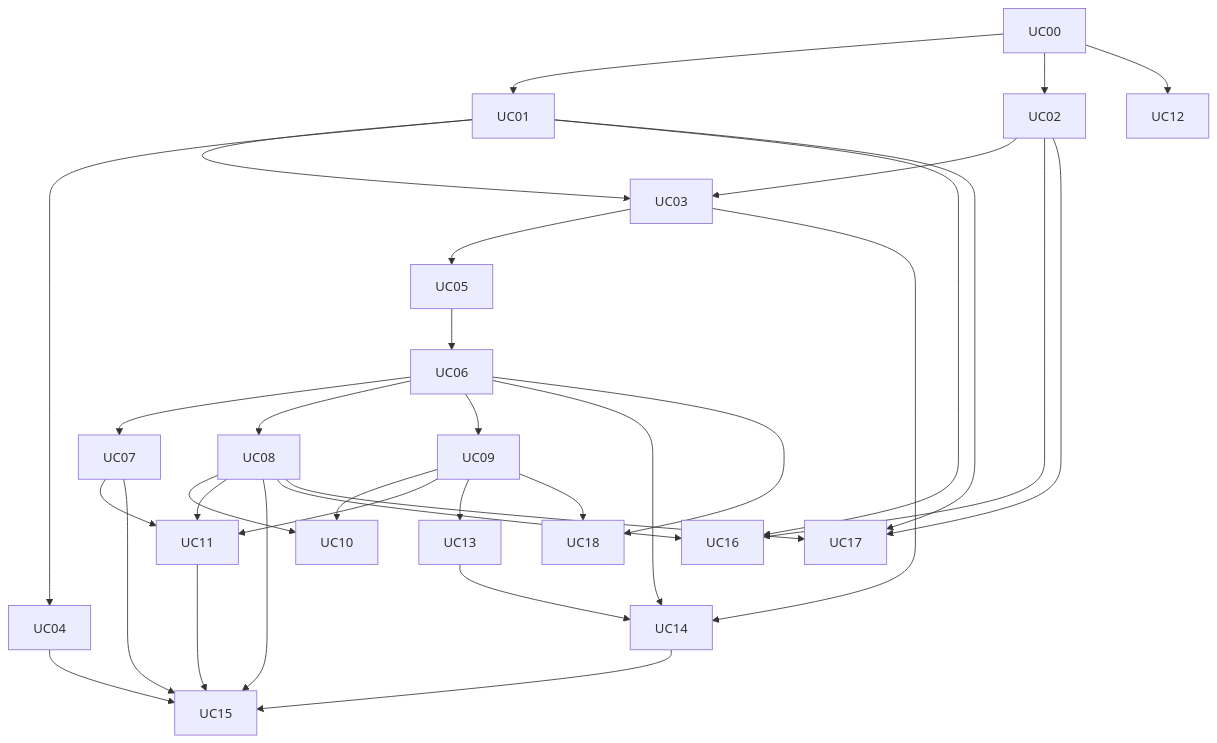
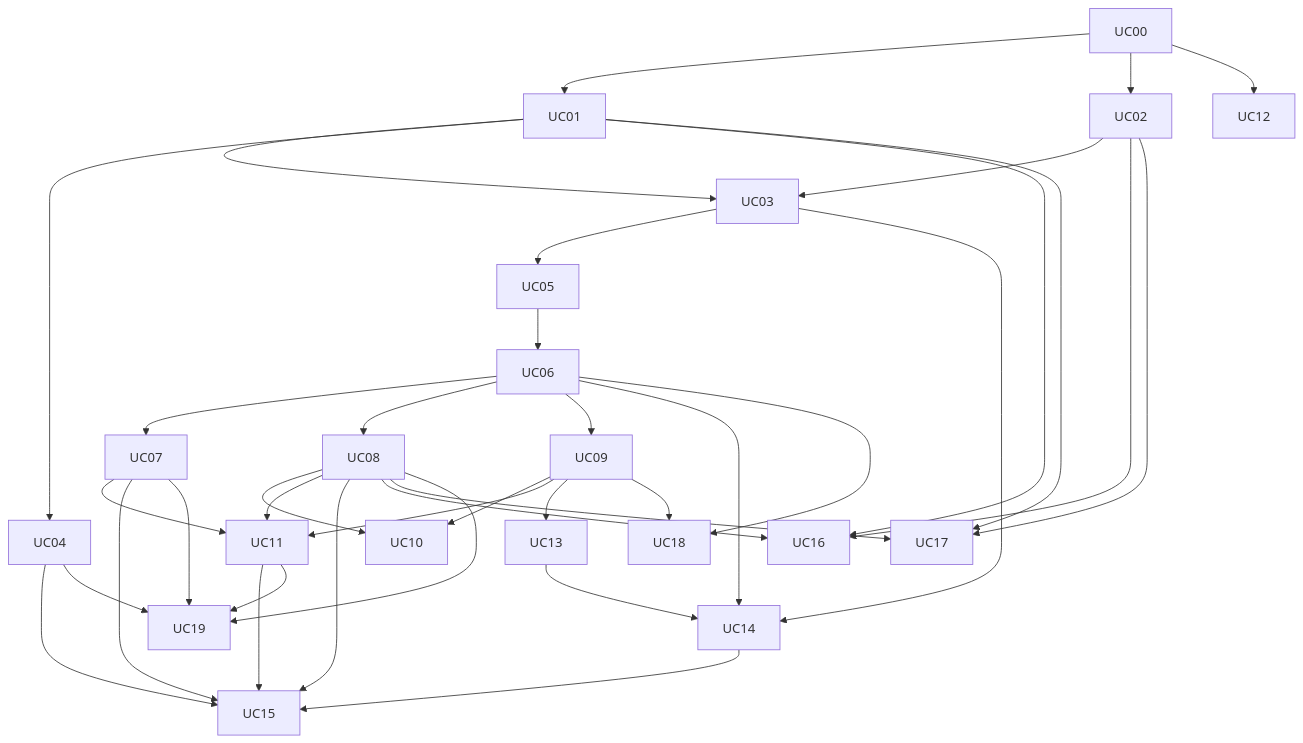
One commit to jsoladur/monthly-expenses changed the diagram in docs/usecases/UC-INDEX.md. Above: the diagram before and after it, drawn with Mermaid. The commit also changed other lines of this file and 26 other files, not shown here.

````diff
--- a/docs/usecases/UC-INDEX.md
+++ b/docs/usecases/UC-INDEX.md
@@ -46,17 +47,18 @@
 ```mermaid
 flowchart TD
     UC00 --> UC01 --> UC03 --> UC05 --> UC06
     UC00 --> UC02 --> UC03
     UC01 --> UC04
     UC06 --> UC07 & UC08 & UC09
     UC08 & UC09 --> UC10
     UC07 & UC08 & UC09 --> UC11
     UC09 --> UC13
     UC03 & UC06 --> UC14
     UC13 --> UC14
     UC00 --> UC12
     UC04 & UC07 & UC08 & UC11 & UC14 --> UC15
     UC01 & UC02 & UC08 --> UC16
     UC01 & UC02 & UC08 --> UC17
     UC06 & UC09 --> UC18
+    UC04 & UC07 & UC08 & UC11 --> UC19
 ```
````
